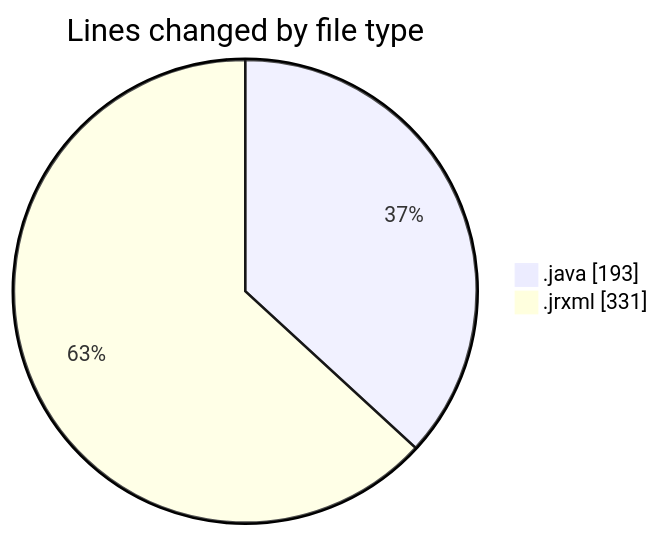
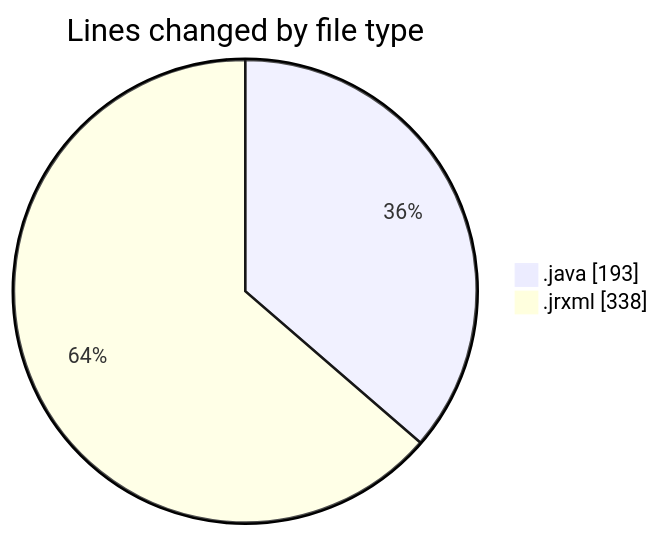
One commit to ricardozamudiocil/code-tracking changed the first of 2 diagrams in 2026-04-24/cilreports__workspace_/README.md. Above: the diagram before and after it, drawn with Mermaid. The commit also changed other lines of this file and 1 other file, not shown here.

````diff
--- a/2026-04-24/cilreports__workspace_/README.md
+++ b/2026-04-24/cilreports__workspace_/README.md
@@ -23,6 +23,6 @@
 ```mermaid
 pie showData
 title Lines changed by file type
 ".java" : 193
-".jrxml" : 331
+".jrxml" : 338
 ```
````
